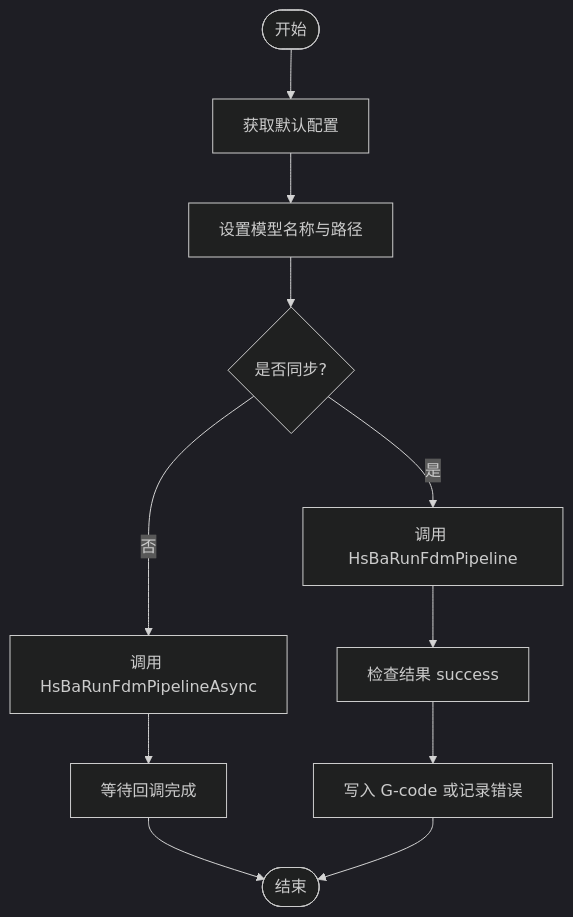
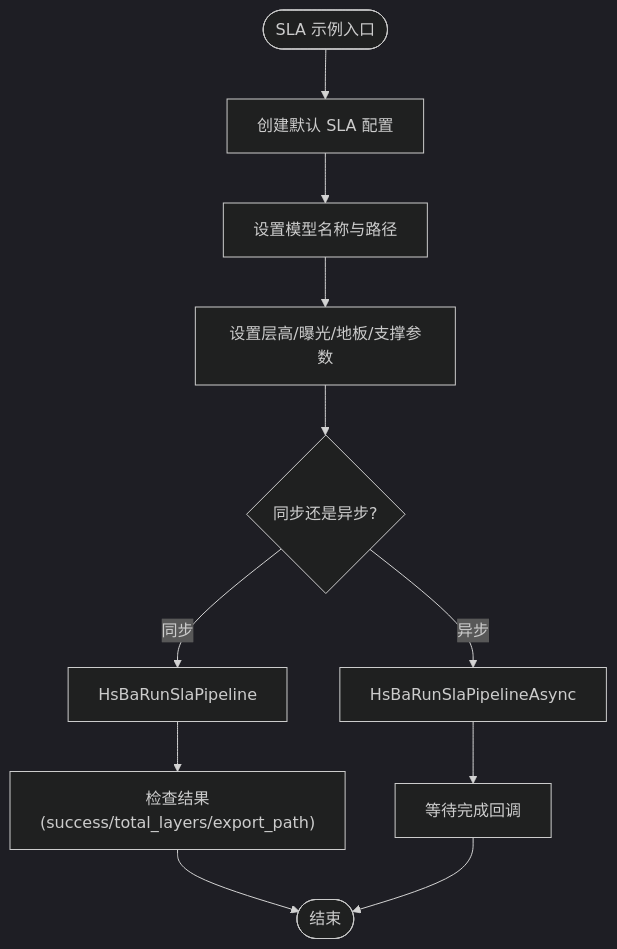
Before and after one commit to hsmbanlance/HsBaSlicer: the third of 16 diagrams in .qoder/repowiki/zh/content/示例与教程/示例与教程.md, drawn with Mermaid (dark theme). The commit also changed other lines of this file and 1095 other files, not shown here.

````diff
--- a/.qoder/repowiki/zh/content/示例与教程/示例与教程.md
+++ b/.qoder/repowiki/zh/content/示例与教程/示例与教程.md
@@ -155,13 +191,13 @@
 ```mermaid
 flowchart TD
-Start(["开始"]) --> Def["获取默认配置"]
-Def --> Model["设置模型名称与路径"]
-Model --> Sync{"是否同步?"}
-Sync --> |是| RunSync["调用 HsBaRunFdmPipeline"]
-Sync --> |否| RunAsync["调用 HsBaRunFdmPipelineAsync"]
-RunSync --> Check["检查结果 success"]
-RunAsync --> Wait["等待回调完成"]
-Check --> Write["写入 G-code 或记录错误"]
-Wait --> Done(["结束"])
-Write --> Done
+Start(["SLA 示例入口"]) --> LoadCfg["创建默认 SLA 配置"]
+LoadCfg --> SetModel["设置模型名称与路径"]
+SetModel --> SetParams["设置层高/曝光/地板/支撑参数"]
+SetParams --> RunSync{"同步还是异步?"}
+RunSync --> |同步| RunSyncCall["HsBaRunSlaPipeline"]
+RunSync --> |异步| RunAsyncCall["HsBaRunSlaPipelineAsync"]
+RunSyncCall --> CheckRes["检查结果(success/total_layers/export_path)"]
+RunAsyncCall --> WaitCb["等待完成回调"]
+CheckRes --> End(["结束"])
+WaitCb --> End
 ```
````
